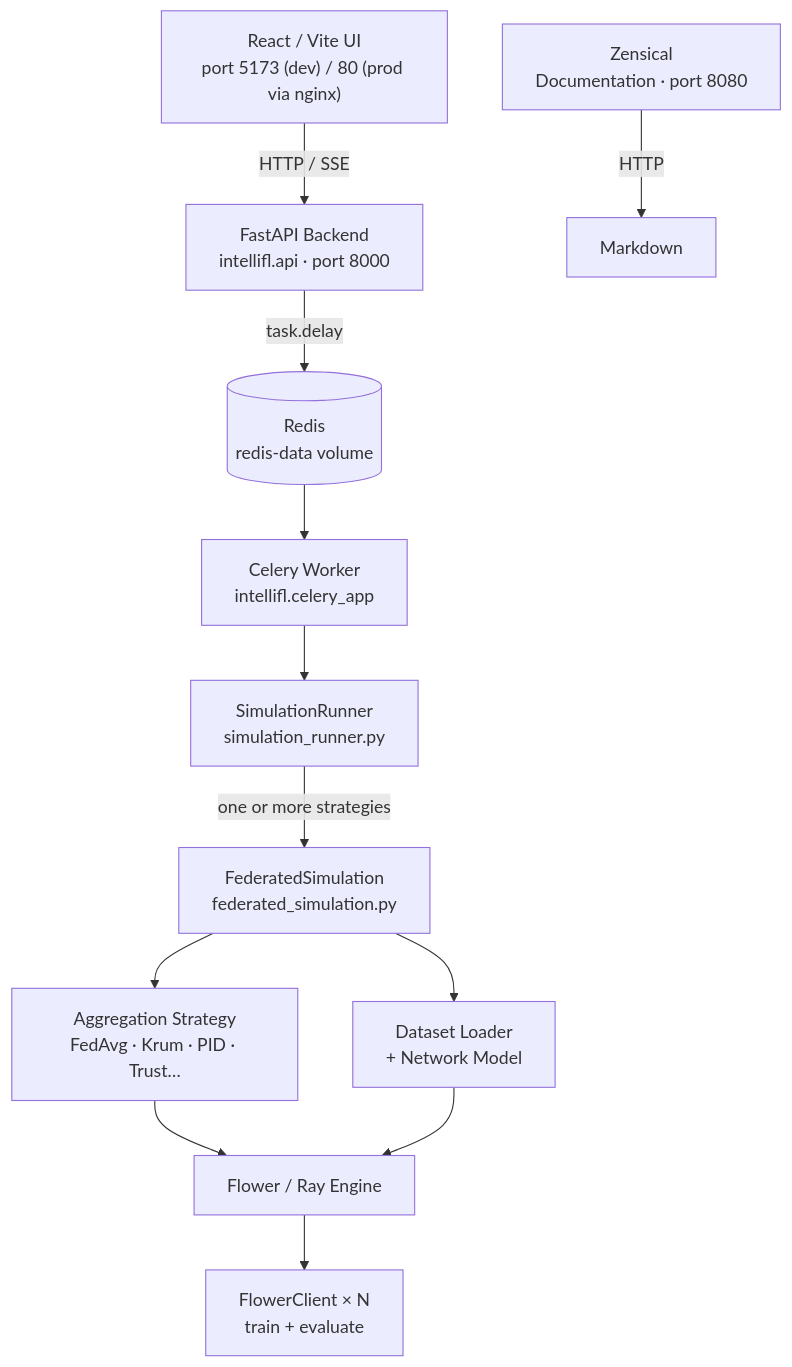
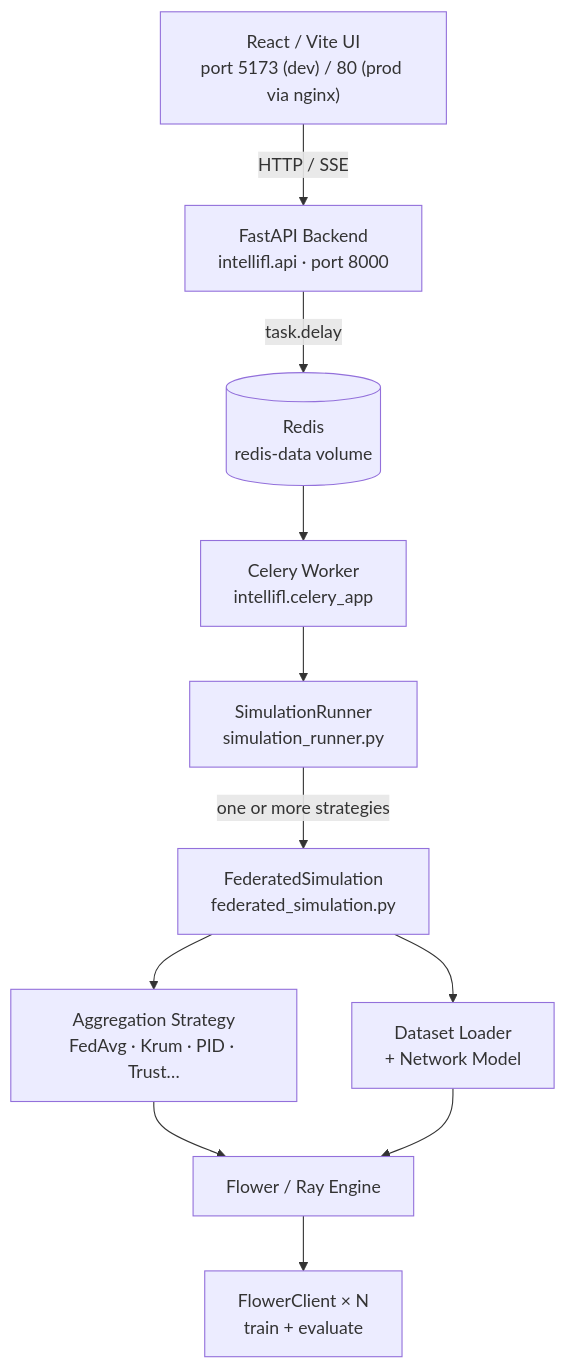
One commit to ajbarea/phalanx-fl changed the first of 3 diagrams in docs/architecture.md. Above: the diagram before and after it, drawn with Mermaid. The commit also changed other lines of this file and 1 other file, not shown here.

Commit message:
docs(core): update architecture diagram and api endpoints
- Added root endpoint documentation to system section
- Removed obsolete documentation service from architecture diagram
- Updated production startup instructions

````diff
--- a/docs/architecture.md
+++ b/docs/architecture.md
@@ -5,26 +5,24 @@
 ```mermaid
 flowchart TD
     UI["React / Vite UI<br/>port 5173 (dev) / 80 (prod via nginx)"]
-    Docs["Zensical<br/>Documentation · port 8080"]
     API["FastAPI Backend<br/>intellifl.api · port 8000"]
     Redis[(Redis<br/>redis-data volume)]
     Celery["Celery Worker<br/>intellifl.celery_app"]
     SR["SimulationRunner<br/>simulation_runner.py"]
     FedSim["FederatedSimulation<br/>federated_simulation.py"]
     Strat["Aggregation Strategy<br/>FedAvg · Krum · PID · Trust…"]
     Data["Dataset Loader<br/>+ Network Model"]
     Flower["Flower / Ray Engine"]
     Clients["FlowerClient × N<br/>train + evaluate"]
 
     UI -->|HTTP / SSE| API
-    Docs -->|HTTP| Markdown
     API -->|task.delay| Redis
     Redis --> Celery
     Celery --> SR
     SR -->|one or more strategies| FedSim
     FedSim --> Strat
     FedSim --> Data
     Strat --> Flower
     Data --> Flower
     Flower --> Clients
 ```
````
